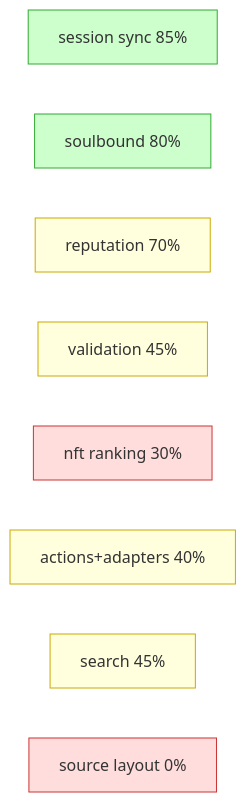
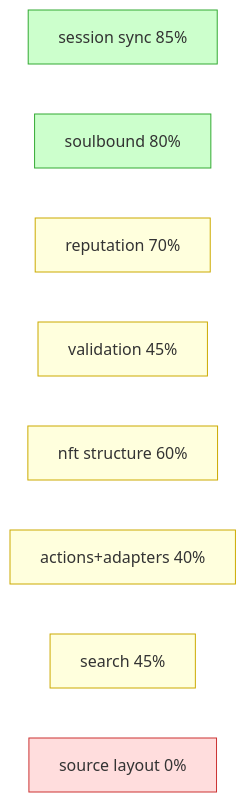
Before and after one commit to IQCoreTeam/AgentNet: the second of 3 diagrams in plans/00-overview.md, drawn with Mermaid. The commit also changed other lines of this file and 5 other files, not shown here.

````diff
--- a/plans/00-overview.md
+++ b/plans/00-overview.md
@@ -153,14 +156,14 @@
 ```mermaid
 flowchart LR
     S1["session sync 85%"]:::g
     S2["soulbound 80%"]:::g
     S3["reputation 70%"]:::y
     S4["validation 45%"]:::y
-    S5["nft ranking 30%"]:::r
+    S5["nft structure 60%"]:::y
     S6["actions+adapters 40%"]:::y
     S7["search 45%"]:::y
     S8["source layout 0%"]:::r
     classDef g fill:#cfc,stroke:#3a3
     classDef y fill:#ffd,stroke:#ca0
     classDef r fill:#fdd,stroke:#c33
 ```
````
